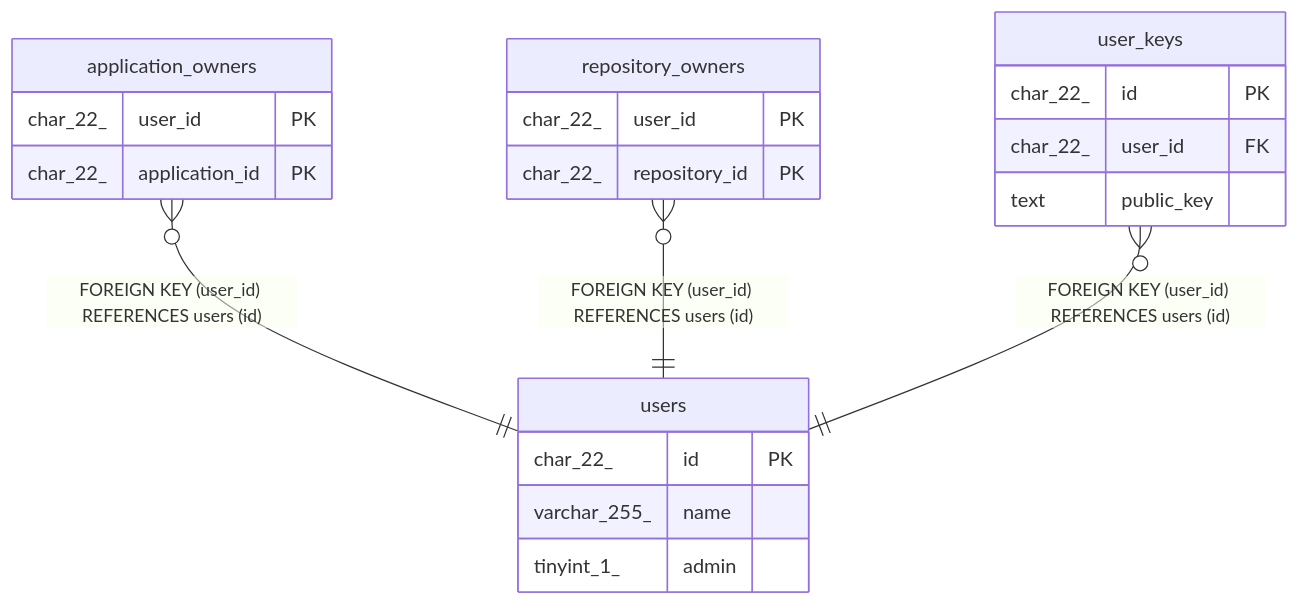
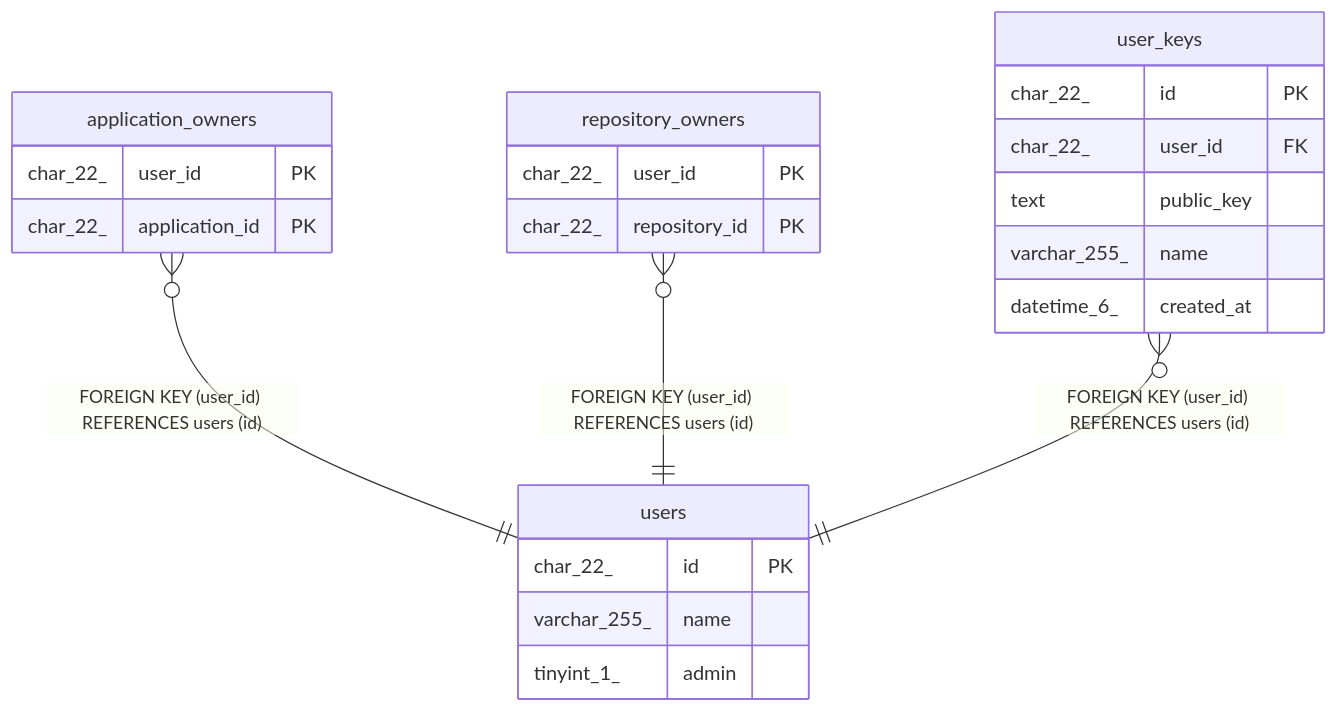
One commit to traPtitech/NeoShowcase changed the diagram in docs/dbschema/users.md. Above: the diagram before and after it, drawn with Mermaid. The commit also changed 13 other files, not shown here.

````diff
--- a/docs/dbschema/users.md
+++ b/docs/dbschema/users.md
@@ -43,26 +43,28 @@
 ```mermaid
 erDiagram
 
 "application_owners" }o--|| "users" : "FOREIGN KEY (user_id) REFERENCES users (id)"
 "repository_owners" }o--|| "users" : "FOREIGN KEY (user_id) REFERENCES users (id)"
 "user_keys" }o--|| "users" : "FOREIGN KEY (user_id) REFERENCES users (id)"
 
 "users" {
   char_22_ id PK
   varchar_255_ name
   tinyint_1_ admin
 }
 "application_owners" {
   char_22_ user_id PK
   char_22_ application_id PK
 }
 "repository_owners" {
   char_22_ user_id PK
   char_22_ repository_id PK
 }
 "user_keys" {
   char_22_ id PK
   char_22_ user_id FK
   text public_key
+  varchar_255_ name
+  datetime_6_ created_at
 }
 ```
````
